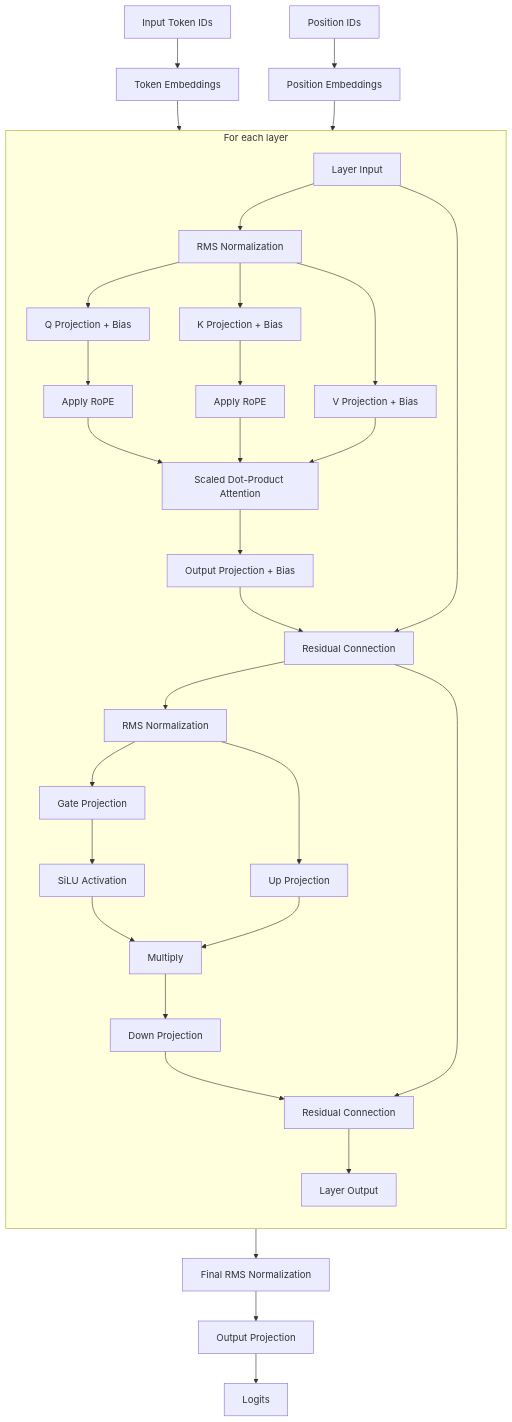
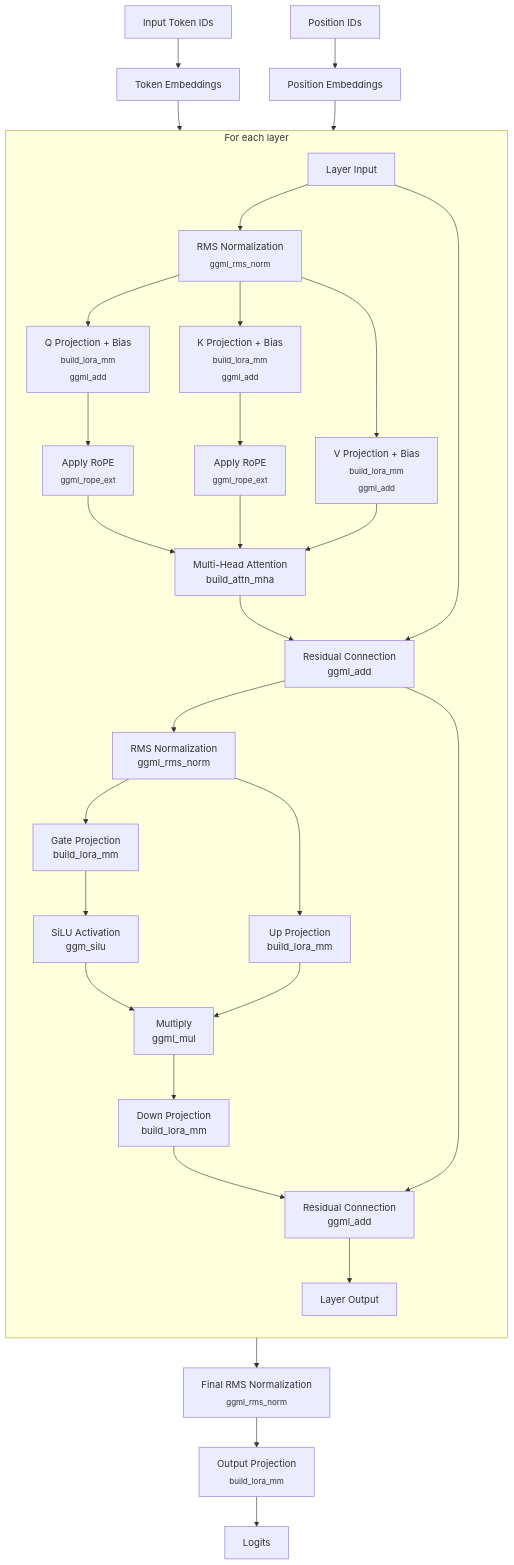
One commit to cshbli/ML-CV-AI changed the first of 5 diagrams in LLM/DeepSeek_Qwen_14B.md. Above: the diagram before and after it, drawn with Mermaid. The commit also changed other lines of this file, not shown here.

Commit message:
Add llm_build_qwen2() deep dive

````diff
--- a/LLM/DeepSeek_Qwen_14B.md
+++ b/LLM/DeepSeek_Qwen_14B.md
@@ -73,50 +73,48 @@
 ```mermaid
 flowchart TD
     input[Input Token IDs] --> embeddings[Token Embeddings]
     positions[Position IDs] --> pos_embd[Position Embeddings]
     
     embeddings --> layer_loop[Layer Loop]
     pos_embd --> layer_loop
     
     subgraph layer_loop[For each layer]
         direction TB
-        inp[Layer Input] --> attn_norm[RMS Normalization]
+        inp[Layer Input] --> attn_norm[RMS Normalization<br><sub>ggml_rms_norm<sub>]
         
-        attn_norm --> Q_proj[Q Projection + Bias]
-        attn_norm --> K_proj[K Projection + Bias]
-        attn_norm --> V_proj[V Projection + Bias]
+        attn_norm --> Q_proj[Q Projection + Bias<br><sub>build_lora_mm</sub> <br> <sub>ggml_add</sub>]
+        attn_norm --> K_proj[K Projection + Bias<br><sub>build_lora_mm</sub> <br> <sub>ggml_add</sub>]
+        attn_norm --> V_proj[V Projection + Bias<br><sub>build_lora_mm</sub> <br> <sub>ggml_add</sub>]
         
-        Q_proj --> Q_rope[Apply RoPE]
-        K_proj --> K_rope[Apply RoPE]
+        Q_proj --> Q_rope[Apply RoPE<br><sub>ggml_rope_ext</sub>]
+        K_proj --> K_rope[Apply RoPE<br><sub>ggml_rope_ext</sub>]
         
-        Q_rope --> attn[Scaled Dot-Product Attention]
+        Q_rope --> attn[Multi-Head Attention<br>build_attn_mha]
         K_rope --> attn
         V_proj --> attn
         
-        attn --> attn_out[Output Projection + Bias]
-        
-        attn_out --> residual1[Residual Connection]
+        attn --> residual1[Residual Connection<br>ggml_add]
         inp --> residual1
         
-        residual1 --> ffn_norm[RMS Normalization]
+        residual1 --> ffn_norm[RMS Normalization<br>ggml_rms_norm]
         
-        ffn_norm --> ffn_gate[Gate Projection]
-        ffn_norm --> ffn_up[Up Projection]
+        ffn_norm --> ffn_gate[Gate Projection<br>build_lora_mm]
+        ffn_norm --> ffn_up[Up Projection<br>build_lora_mm]
         
-        ffn_gate --> silu[SiLU Activation]
+        ffn_gate --> silu[SiLU Activation<br>ggm_silu]
         
-        silu --> mul[Multiply]
+        silu --> mul[Multiply<br>ggml_mul]
         ffn_up --> mul
         
-        mul --> ffn_down[Down Projection]
+        mul --> ffn_down[Down Projection<br>build_lora_mm]
         
-        ffn_down --> residual2[Residual Connection]
+        ffn_down --> residual2[Residual Connection<br>ggml_add]
         residual1 --> residual2
         
         residual2 --> out[Layer Output]
     end
     
-    layer_loop --> final_norm[Final RMS Normalization]
-    final_norm --> output_proj[Output Projection]
+    layer_loop --> final_norm[Final RMS Normalization<br> <sub>ggml_rms_norm</sub>]
+    final_norm --> output_proj[Output Projection<br> <sub>build_lora_mm</sub>]
     output_proj --> logits[Logits]
 ```
````
